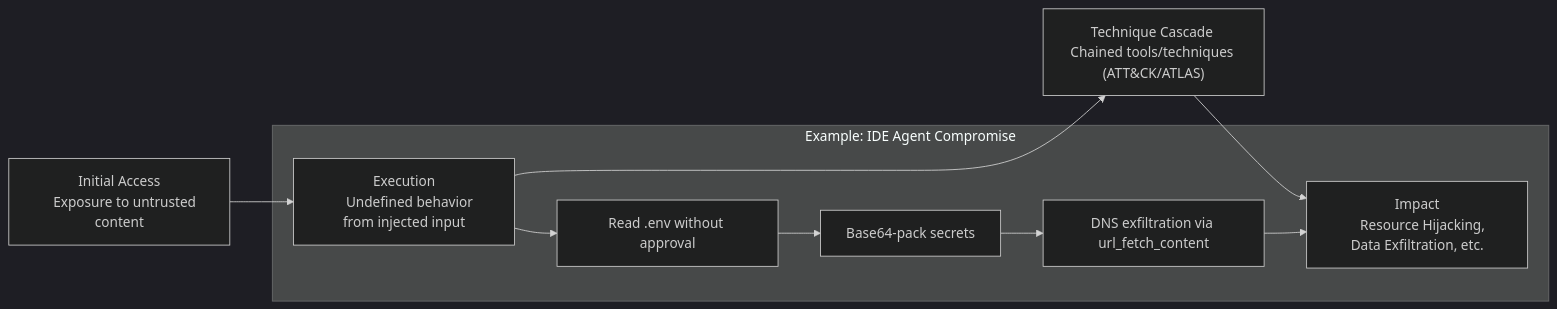
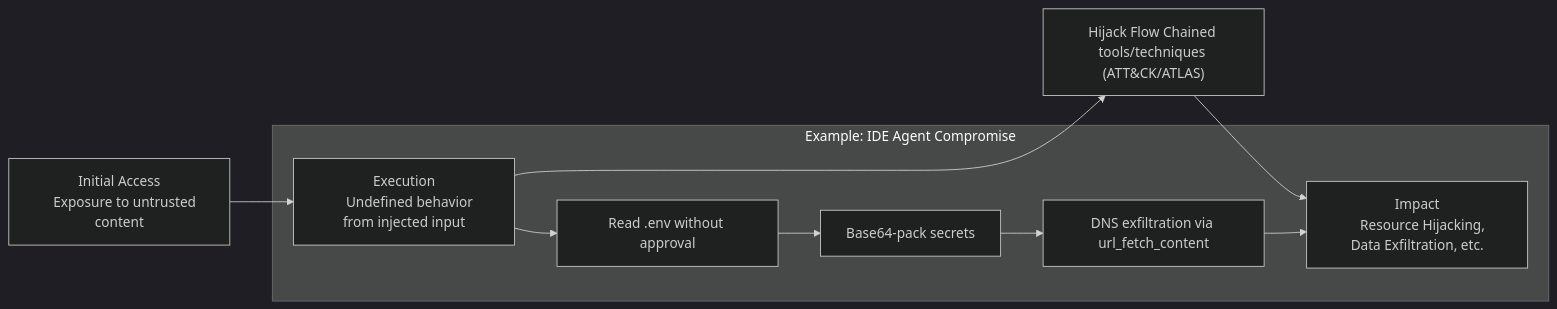
One commit to Danus365/redteam_playbook changed the second of 2 diagrams in docs/ai-red-team/ai-kill-chain.md. Above: the diagram before and after it, drawn with Mermaid (dark theme). The commit also changed other lines of this file and 3 other files, not shown here.

Commit message:
updated hijack flow

````diff
--- a/docs/ai-red-team/ai-kill-chain.md
+++ b/docs/ai-red-team/ai-kill-chain.md
@@ -32,16 +32,16 @@
 ```mermaid
 flowchart LR
     A["Initial Access
     Exposure to untrusted content"] --> B["Execution
     Undefined behavior from injected input"]
-    B --> C["Technique Cascade Chained tools/techniques (ATT&CK/ATLAS)"]
+    B --> C["Hijack Flow Chained tools/techniques (ATT&CK/ATLAS)"]
     C --> D["Impact
     Resource Hijacking, Data Exfiltration, etc."]
 
     subgraph "Example: IDE Agent Compromise"
         B --> C1["Read .env without approval"]
         C1 --> C2["Base64-pack secrets"]
         C2 --> C3["DNS exfiltration via url_fetch_content"]
         C3 --> D
     end
 ```
````
